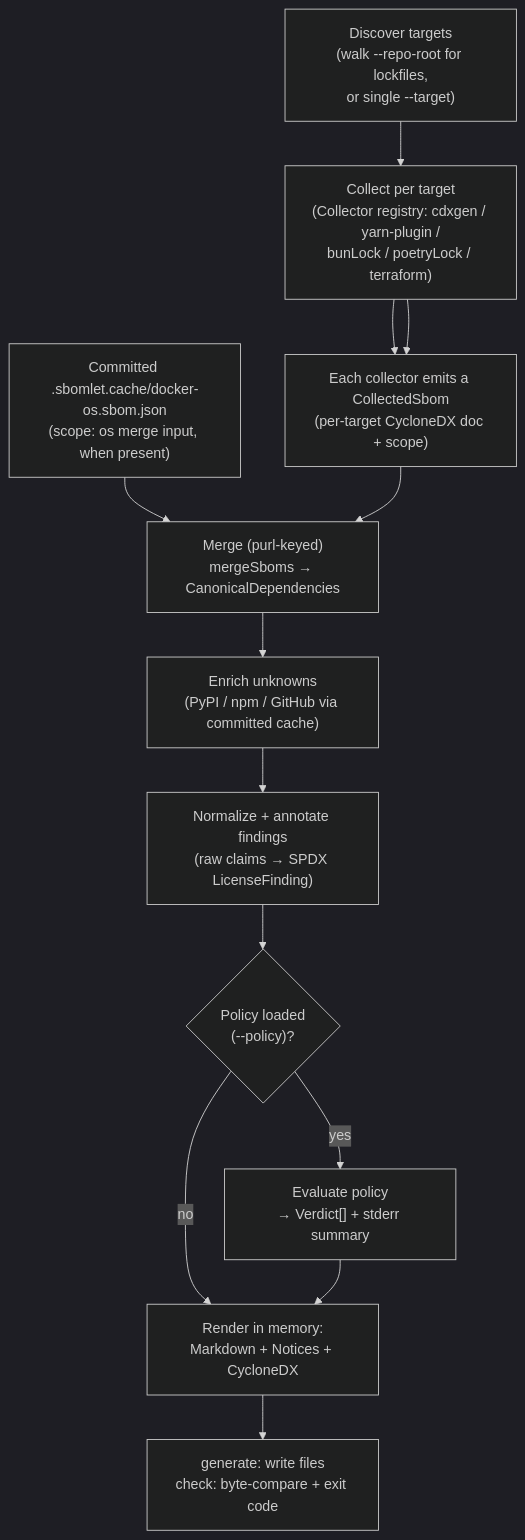
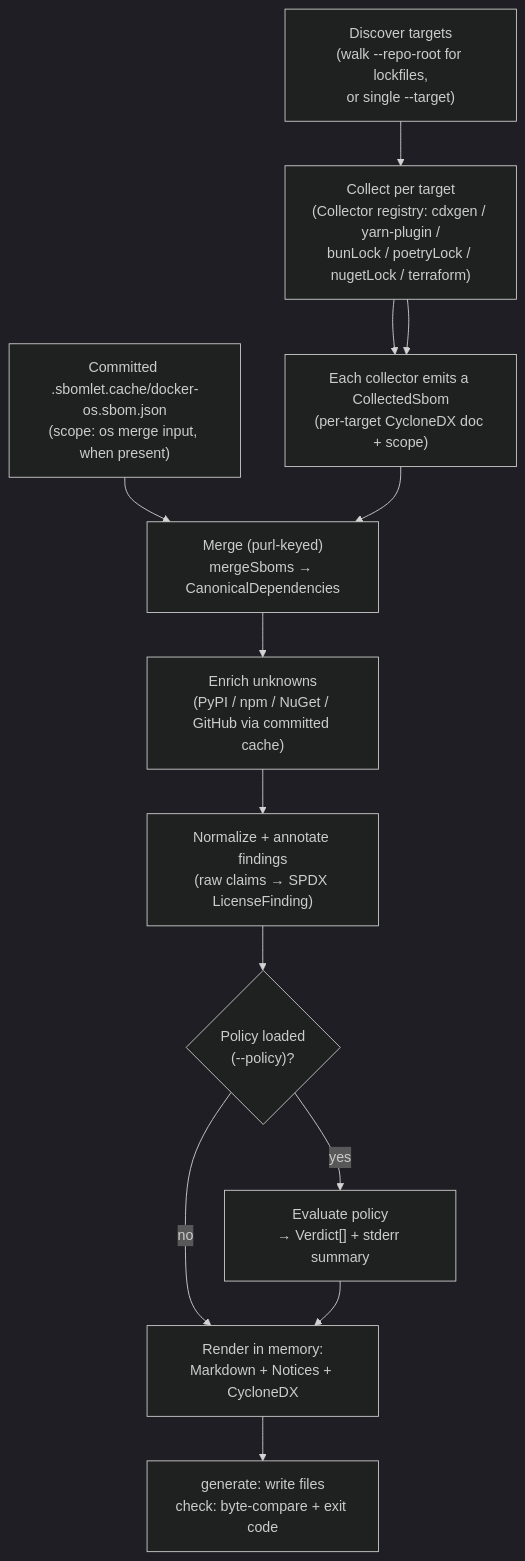
The first of 2 diagrams in docs/explanation/architecture.md (Anansi-Solutions/SBOMlet), drawn with Mermaid (dark theme) before and after one commit. The commit also changed other lines of this file and 5 other files, not shown here.

````diff
--- a/docs/explanation/architecture.md
+++ b/docs/explanation/architecture.md
@@ -70,15 +70,15 @@
 ```mermaid
 flowchart TD
     A["Discover targets<br/>(walk --repo-root for lockfiles,<br/>or single --target)"] --> B
-    B["Collect per target<br/>(Collector registry: cdxgen / yarn-plugin /<br/>bunLock / poetryLock / terraform)"] --> C
+    B["Collect per target<br/>(Collector registry: cdxgen / yarn-plugin /<br/>bunLock / poetryLock / nugetLock / terraform)"] --> C
     OS["Committed .sbomlet.cache/docker-os.sbom.json<br/>(scope: os merge input, when present)"] --> D
     B --> C["Each collector emits a CollectedSbom<br/>(per-target CycloneDX doc + scope)"]
     C --> D["Merge (purl-keyed)<br/>mergeSboms → CanonicalDependencies"]
-    D --> E["Enrich unknowns<br/>(PyPI / npm / GitHub via committed cache)"]
+    D --> E["Enrich unknowns<br/>(PyPI / npm / NuGet / GitHub via committed cache)"]
     E --> F["Normalize + annotate findings<br/>(raw claims → SPDX LicenseFinding)"]
     F --> G{"Policy loaded<br/>(--policy)?"}
     G -->|yes| H["Evaluate policy<br/>→ Verdict[] + stderr summary"]
     G -->|no| I
     H --> I["Render in memory:<br/>Markdown + Notices + CycloneDX"]
     I --> J["generate: write files<br/>check: byte-compare + exit code"]
 ```
````
